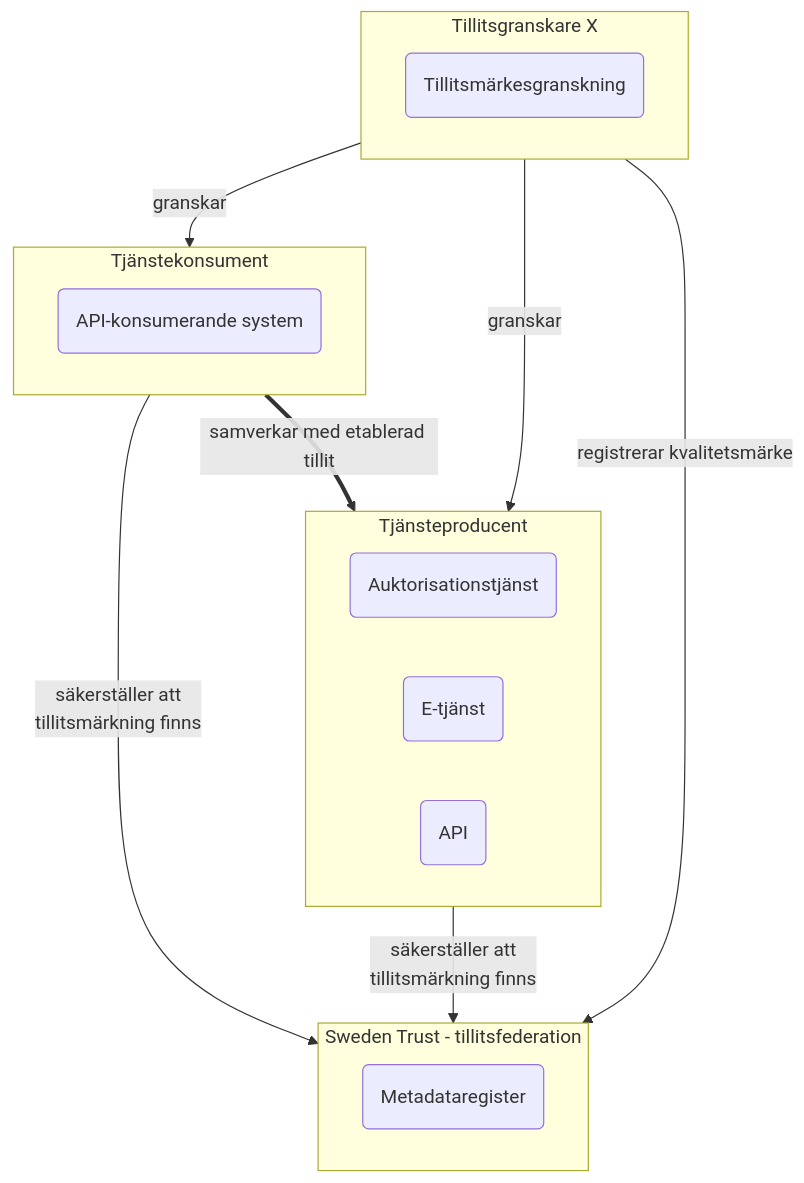
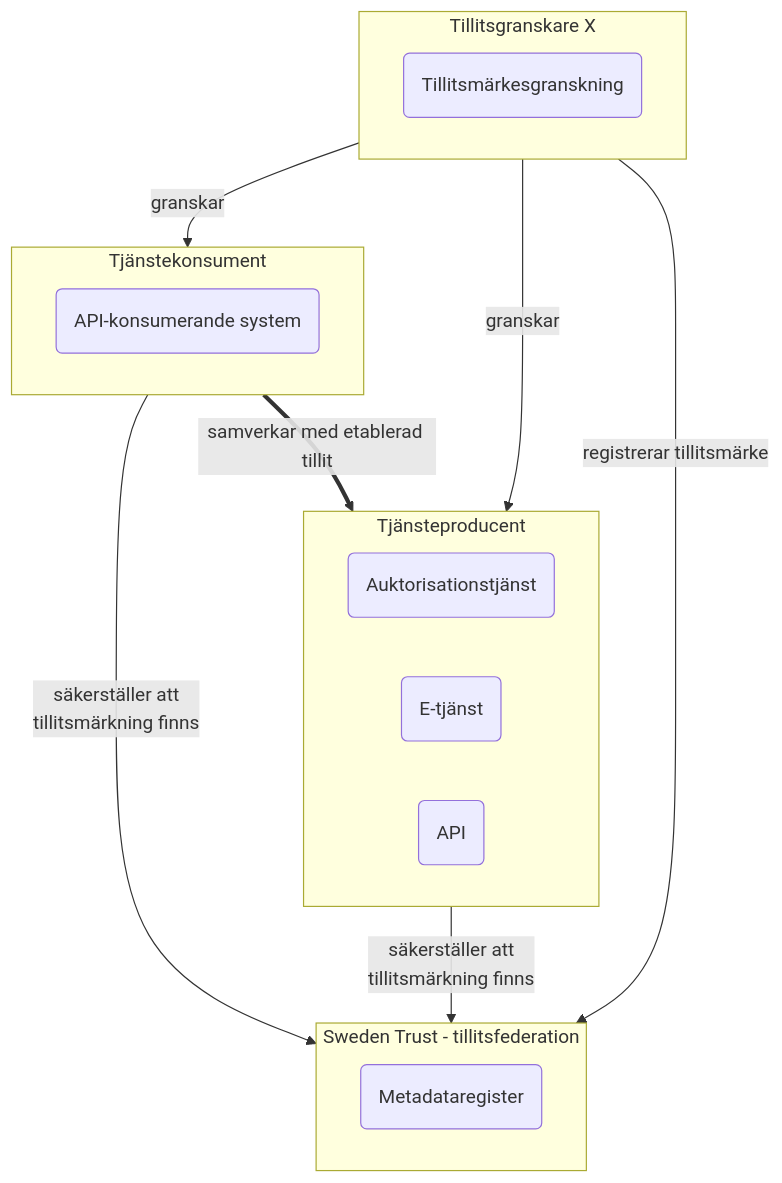
Before and after one commit to diggsweden/ena-authorization: the third of 6 diagrams in architecture/drafts/IAM_TargetArchitecture_Sweden.md, drawn with Mermaid. The commit also changed other lines of this file, not shown here.

````diff
--- a/architecture/drafts/IAM_TargetArchitecture_Sweden.md
+++ b/architecture/drafts/IAM_TargetArchitecture_Sweden.md
@@ -105,26 +197,26 @@
 ```mermaid
 flowchart TD
 
 subgraph AO[Tjänstekonsument]
     A(API-konsumerande system)
 end
 
 subgraph BO[Tjänsteproducent]
     B-AS(Auktorisationstjänst)
     BW(E-tjänst)
     B(API)
 end
 
 subgraph TO[Sweden Trust - tillitsfederation]
     T(Metadataregister)
 end
 
 subgraph TM[Tillitsgranskare X]
     Q(Tillitsmärkesgranskning)
 end
 
 TM--granskar-->AO & BO
-TM--registrerar kvalitetsmärke-->TO
+TM--registrerar tillitsmärke-->TO
 AO & BO --säkerställer att \ntillitsmärkning finns-->TO
 AO==samverkar med etablerad tillit==>BO
 ```
````
